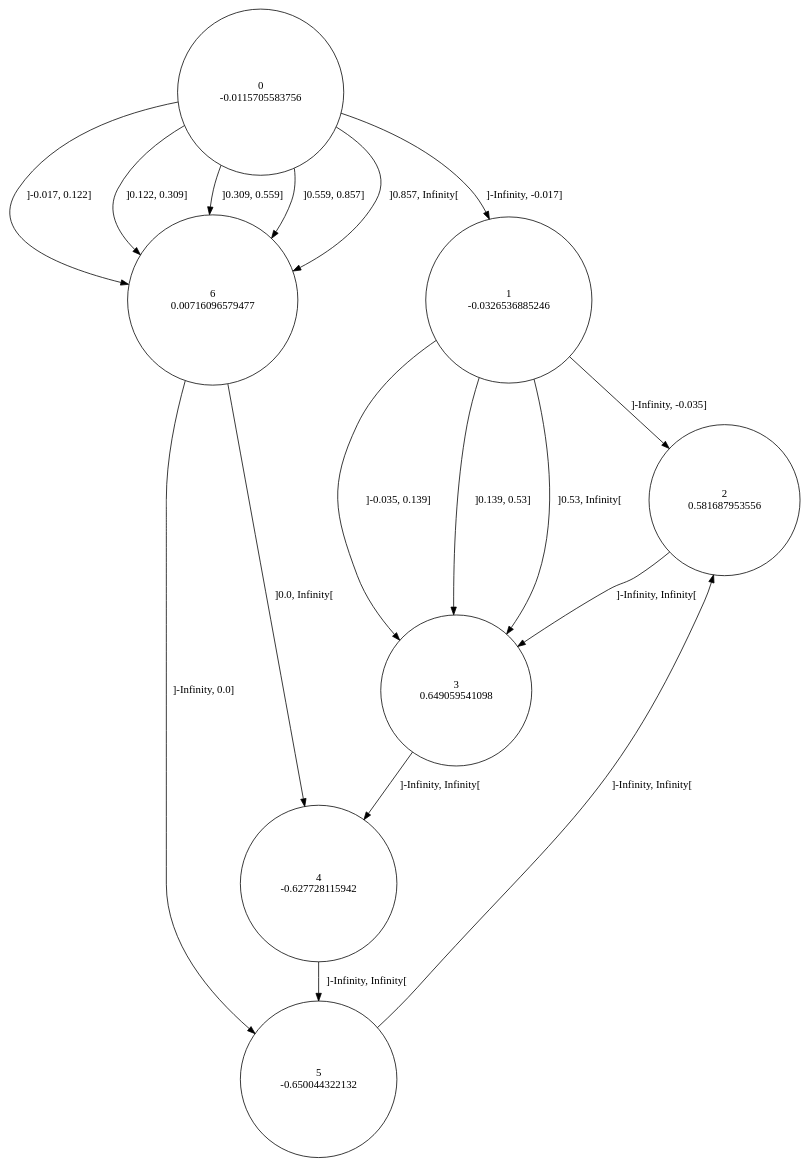
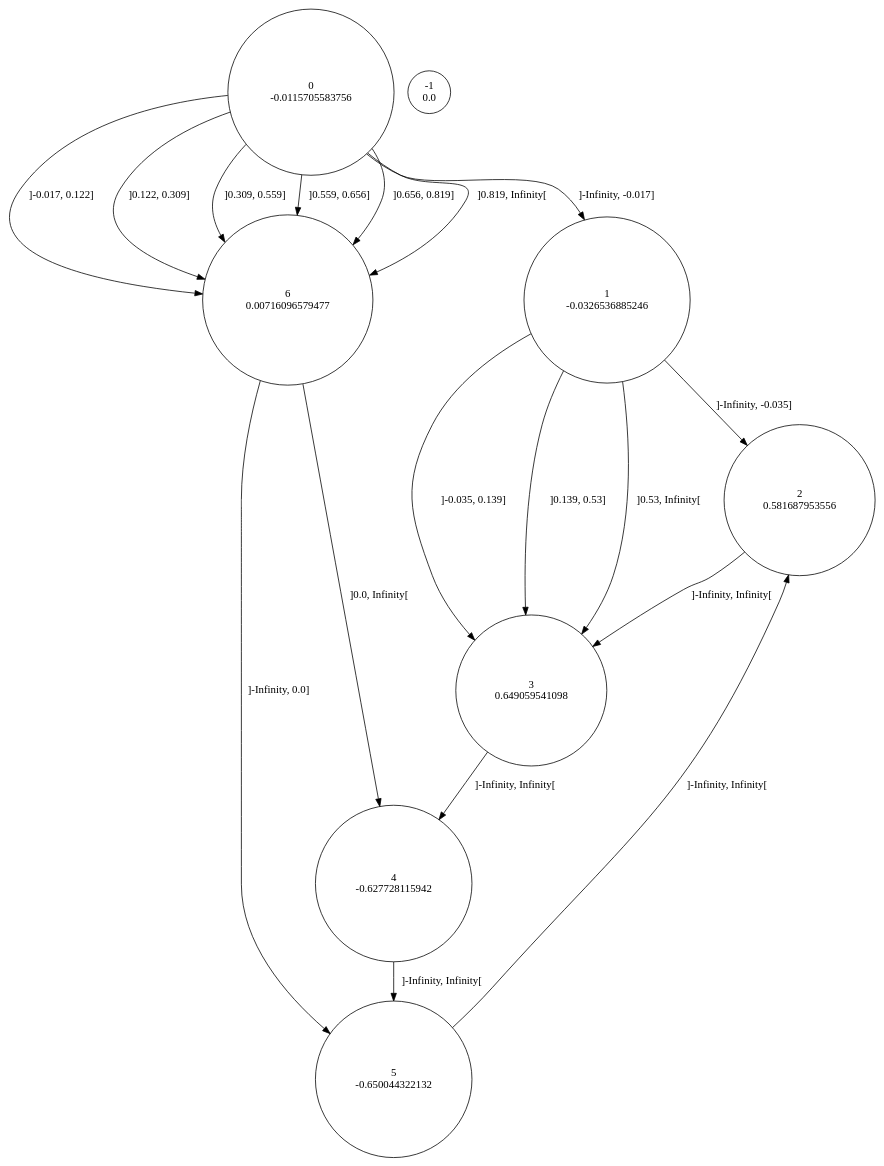
One commit to gllpellegrino/RAI_experiments changed the diagram in sinus/data/6/rtitm.dot. Above: the diagram before and after it, drawn with Graphviz. The commit also changed 168 other files, not shown here.

```diff
--- a/sinus/data/6/rtitm.dot
+++ b/sinus/data/6/rtitm.dot
@@ -1,25 +1,27 @@
 digraph a {
 0 [shape=circle, label="0\n-0.0115705583756"];
 	0 -> 1 [label="]-Infinity, -0.017]"];
 	0 -> 6 [label="]-0.017, 0.122]"];
 	0 -> 6 [label="]0.122, 0.309]"];
 	0 -> 6 [label="]0.309, 0.559]"];
-	0 -> 6 [label="]0.559, 0.857]"];
-	0 -> 6 [label="]0.857, Infinity["];
+	0 -> 6 [label="]0.559, 0.656]"];
+	0 -> 6 [label="]0.656, 0.819]"];
+	0 -> 6 [label="]0.819, Infinity["];
 1 [shape=circle, label="1\n-0.0326536885246"];
 	1 -> 2 [label="]-Infinity, -0.035]"];
 	1 -> 3 [label="]-0.035, 0.139]"];
 	1 -> 3 [label="]0.139, 0.53]"];
 	1 -> 3 [label="]0.53, Infinity["];
 2 [shape=circle, label="2\n0.581687953556"];
 	2 -> 3 [label="]-Infinity, Infinity["];
 3 [shape=circle, label="3\n0.649059541098"];
 	3 -> 4 [label="]-Infinity, Infinity["];
 4 [shape=circle, label="4\n-0.627728115942"];
 	4 -> 5 [label="]-Infinity, Infinity["];
 5 [shape=circle, label="5\n-0.650044322132"];
 	5 -> 2 [label="]-Infinity, Infinity["];
 6 [shape=circle, label="6\n0.00716096579477"];
 	6 -> 5 [label="]-Infinity, 0.0]"];
 	6 -> 4 [label="]0.0, Infinity["];
+-1 [shape=circle, label="-1\n0.0"];
 }
```
